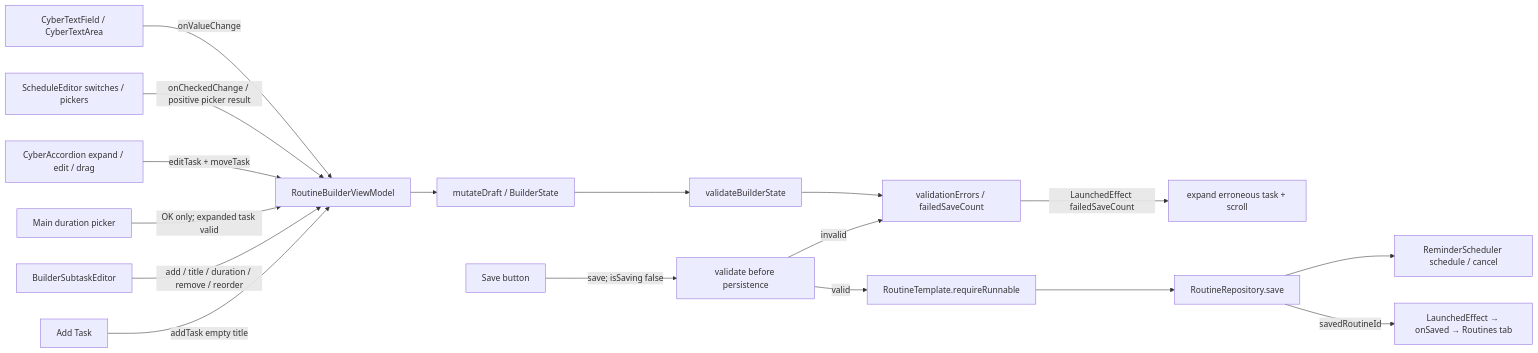
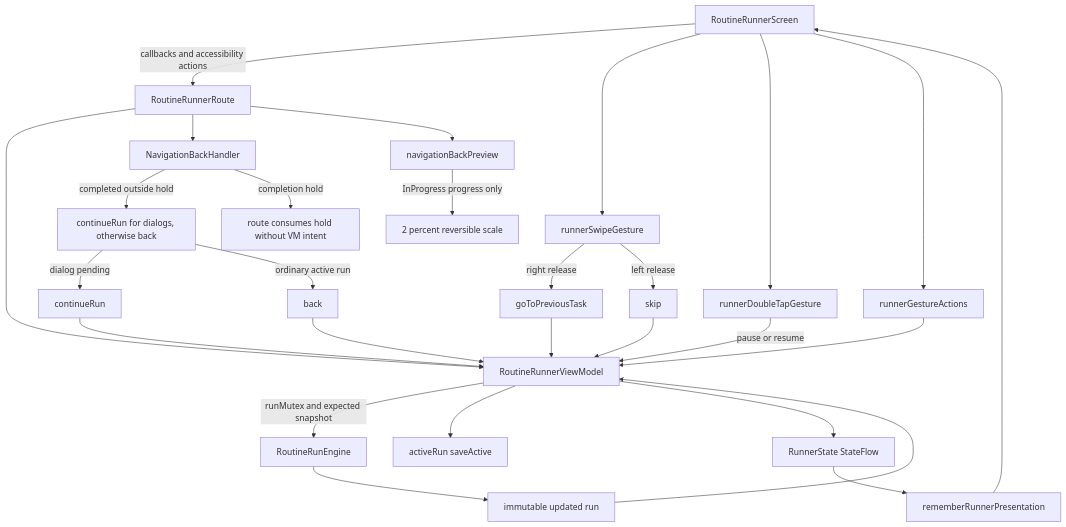
The third of 6 diagrams in docs/ui/TaskChain-UI-Wiring-refactor-feature-integration.md (matthewdmanning/TaskChain), drawn with Mermaid before and after one commit. The commit also changed other lines of this file, not shown here.

First line of the commit message:
docs(ui): refresh feature integration wiring diagram

````diff
--- a/docs/ui/TaskChain-UI-Wiring-refactor-feature-integration.md
+++ b/docs/ui/TaskChain-UI-Wiring-refactor-feature-integration.md
@@ -50,19 +85,30 @@
 ```mermaid
-flowchart LR
-  TF[CyberTextField / CyberTextArea] -->|onValueChange| VM[RoutineBuilderViewModel]
-  SE[ScheduleEditor switches / pickers] -->|onCheckedChange / positive picker result| VM
-  ACC[CyberAccordion expand / edit / drag] -->|editTask + moveTask| VM
-  DURATION[Main duration picker] -->|OK only; expanded task valid| VM
-  SUB[BuilderSubtaskEditor] -->|add / title / duration / remove / reorder| VM
-  ADD[Add Task] -->|addTask empty title| VM
-  VM --> M[mutateDraft / BuilderState]
-  M --> V[validateBuilderState]
-  V --> ERR[validationErrors / failedSaveCount]
-  ERR -->|LaunchedEffect failedSaveCount| REVEAL[expand erroneous task + scroll]
-  SAVE[Save button] -->|save; isSaving false| V2[validate before persistence]
-  V2 -->|invalid| ERR
-  V2 -->|valid| MODEL[RoutineTemplate.requireRunnable]
-  MODEL --> REPO[RoutineRepository.save]
-  REPO --> ALARM[ReminderScheduler schedule / cancel]
-  REPO -->|savedRoutineId| NAV[LaunchedEffect → onSaved → Routines tab]
+flowchart TD
+    SCREEN[RoutineRunnerScreen] -->|callbacks and accessibility actions| ROUTE[RoutineRunnerRoute]
+    ROUTE --> VM[RoutineRunnerViewModel]
+    VM -->|runMutex and expected snapshot| ENGINE[RoutineRunEngine]
+    ENGINE --> UPDATED[immutable updated run]
+    UPDATED --> VM
+    VM --> SAVE[activeRun saveActive]
+    VM --> STATE[RunnerState StateFlow]
+    STATE --> PRES[rememberRunnerPresentation]
+    PRES --> SCREEN
+    SCREEN --> SWIPE[runnerSwipeGesture]
+    SWIPE -->|right release| PREVIOUS[goToPreviousTask]
+    SWIPE -->|left release| SKIP[skip]
+    PREVIOUS --> VM
+    SKIP --> VM
+    SCREEN --> DOUBLE[runnerDoubleTapGesture]
+    DOUBLE -->|pause or resume| VM
+    SCREEN --> ACCESS[runnerGestureActions]
+    ACCESS --> VM
+    ROUTE --> BACK[NavigationBackHandler]
+    BACK -->|completed outside hold| BACKACTION[continueRun for dialogs, otherwise back]
+    BACKACTION -->|dialog pending| CONTINUE[continueRun]
+    BACKACTION -->|ordinary active run| BACKCALL[back]
+    CONTINUE --> VM
+    BACKCALL --> VM
+    BACK -->|completion hold| HOLD[route consumes hold without VM intent]
+    ROUTE --> PREVIEW[navigationBackPreview]
+    PREVIEW -->|InProgress progress only| SCALE[2 percent reversible scale]
 ```
````
